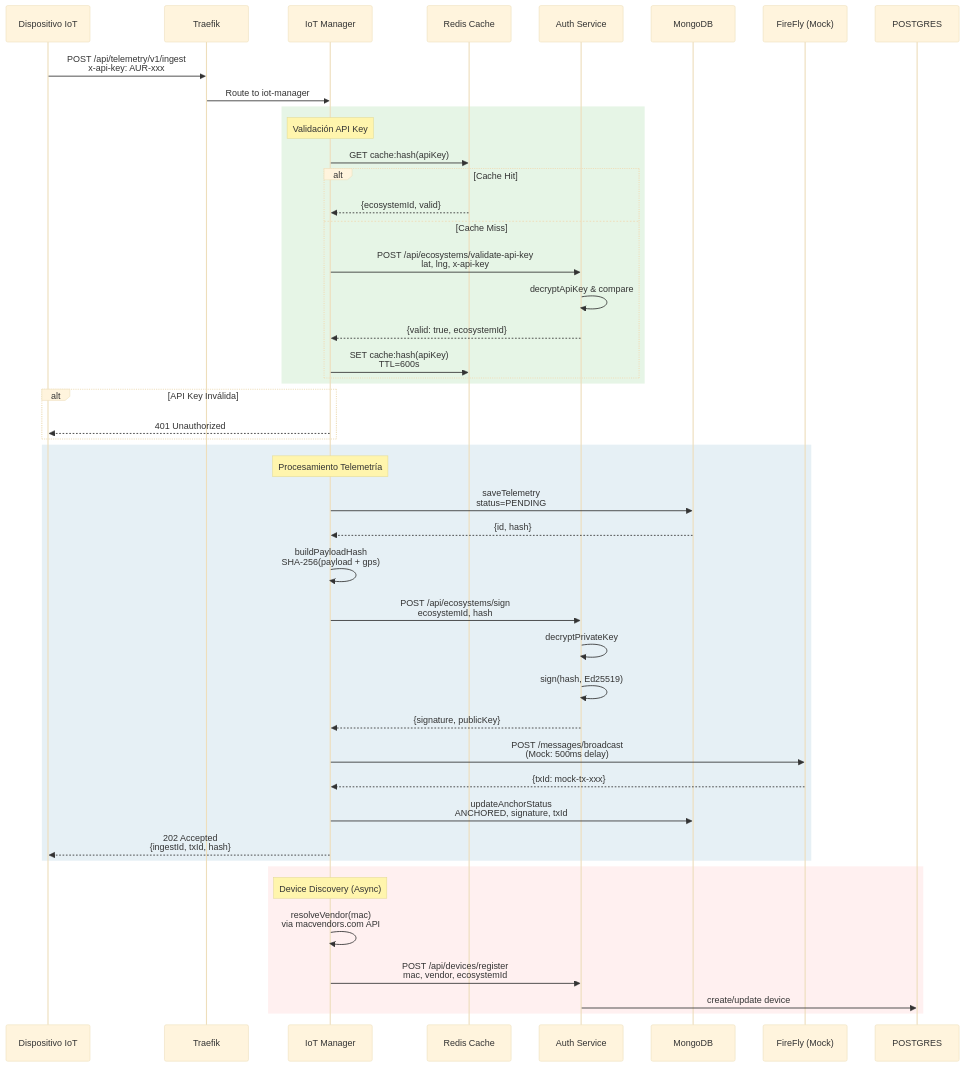
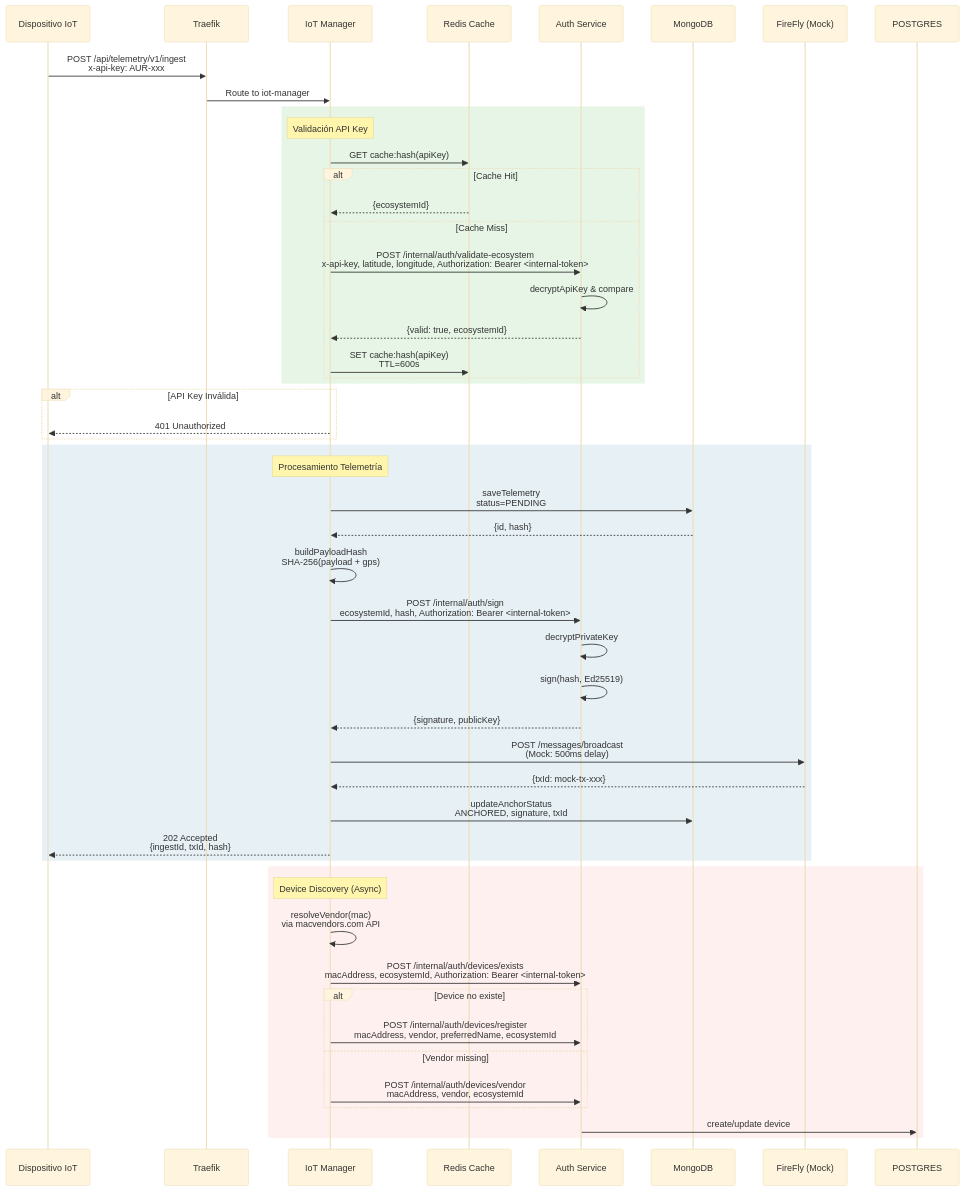
One commit to eromeroc97/TFG_AURORA_Blockchain changed the third of 3 diagrams in docs/ARCHITECTURE.md. Above: the diagram before and after it, drawn with Mermaid (base theme). The commit also changed other lines of this file, not shown here.

First line of the commit message:
Revamp ARCHITECTURE.md: restructure and clarify

````diff
--- a/docs/ARCHITECTURE.md
+++ b/docs/ARCHITECTURE.md
@@ -209,57 +215,62 @@
 ```mermaid
 
 sequenceDiagram
     participant DISP as Dispositivo IoT
     participant TRAEFIK as Traefik
     participant IOT as IoT Manager
     participant REDIS as Redis Cache
     participant AUTH as Auth Service
     participant MONGO as MongoDB
     participant FIREFLY as FireFly (Mock)
 
     DISP->>TRAEFIK: POST /api/telemetry/v1/ingest<br/>x-api-key: AUR-xxx
     TRAEFIK->>IOT: Route to iot-manager
     
     rect rgb(230, 245, 230)
         Note over IOT: Validación API Key
         IOT->>REDIS: GET cache:hash(apiKey)
         alt Cache Hit
-            REDIS-->>IOT: {ecosystemId, valid}
+            REDIS-->>IOT: {ecosystemId}
         else Cache Miss
-            IOT->>AUTH: POST /api/ecosystems/validate-api-key<br/>lat, lng, x-api-key
+            IOT->>AUTH: POST /internal/auth/validate-ecosystem<br/>x-api-key, latitude, longitude, Authorization: Bearer <internal-token>
             AUTH->>AUTH: decryptApiKey & compare
             AUTH-->>IOT: {valid: true, ecosystemId}
             IOT->>REDIS: SET cache:hash(apiKey)<br/>TTL=600s
         end
     end
     
     alt API Key Inválida
         IOT-->>DISP: 401 Unauthorized
     end
     
     rect rgb(230, 240, 245)
         Note over IOT: Procesamiento Telemetría
         IOT->>MONGO: saveTelemetry<br/>status=PENDING
         MONGO-->>IOT: {id, hash}
         
         IOT->>IOT: buildPayloadHash<br/>SHA-256(payload + gps)
         
-        IOT->>AUTH: POST /api/ecosystems/sign<br/>ecosystemId, hash
+        IOT->>AUTH: POST /internal/auth/sign<br/>ecosystemId, hash, Authorization: Bearer <internal-token>
         AUTH->>AUTH: decryptPrivateKey
         AUTH->>AUTH: sign(hash, Ed25519)
         AUTH-->>IOT: {signature, publicKey}
         
         IOT->>FIREFLY: POST /messages/broadcast<br/>(Mock: 500ms delay)
         FIREFLY-->>IOT: {txId: mock-tx-xxx}
         
         IOT->>MONGO: updateAnchorStatus<br/>ANCHORED, signature, txId
         IOT-->>DISP: 202 Accepted<br/>{ingestId, txId, hash}
     end
     
     rect rgb(255, 240, 240)
         Note over IOT: Device Discovery (Async)
         IOT->>IOT: resolveVendor(mac)<br/>via macvendors.com API
-        IOT->>AUTH: POST /api/devices/register<br/>mac, vendor, ecosystemId
+        IOT->>AUTH: POST /internal/auth/devices/exists<br/>macAddress, ecosystemId, Authorization: Bearer <internal-token>
+        alt Device no existe
+            IOT->>AUTH: POST /internal/auth/devices/register<br/>macAddress, vendor, preferredName, ecosystemId
+        else Vendor missing
+            IOT->>AUTH: POST /internal/auth/devices/vendor<br/>macAddress, vendor, ecosystemId
+        end
         AUTH->>POSTGRES: create/update device
     end
 ```
````
